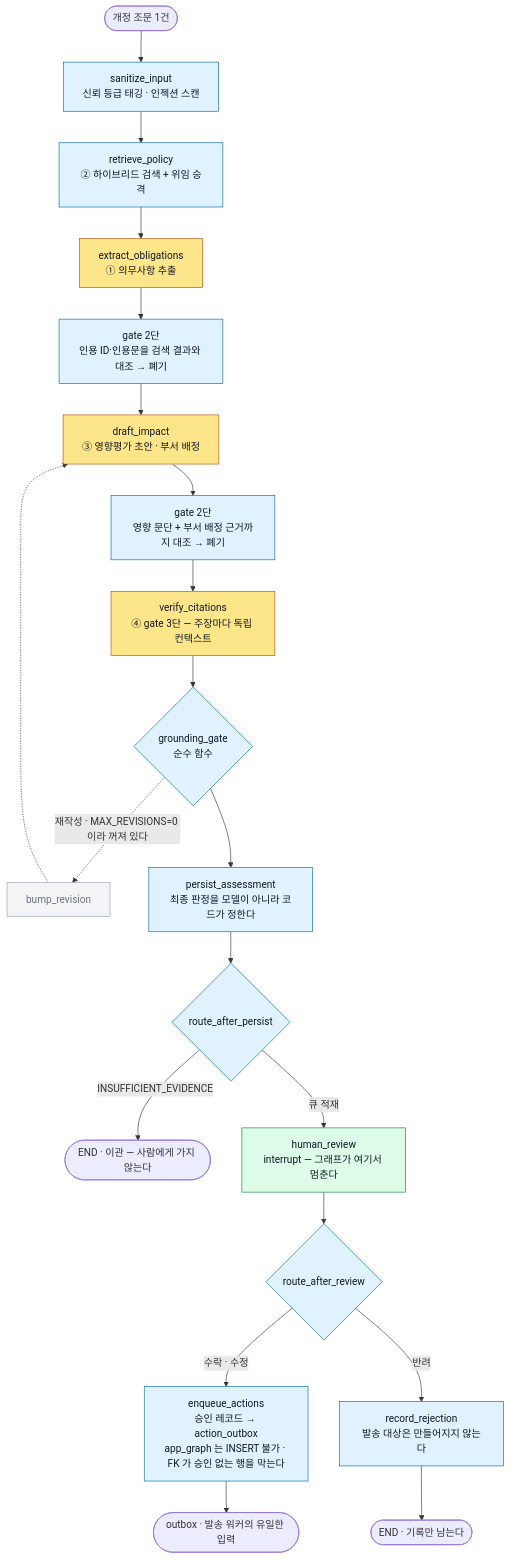
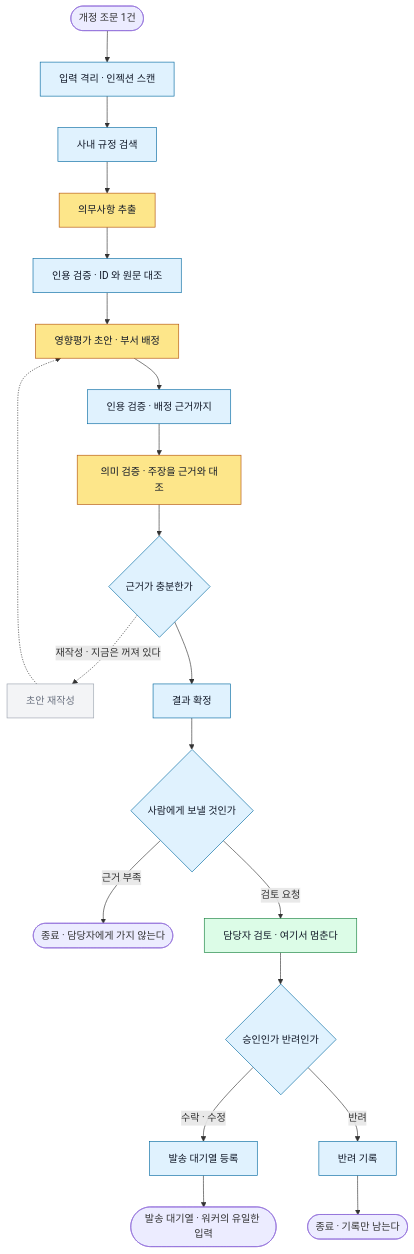
One commit to ichbinlucaskim/regchange-copilot changed the diagram in README.md. Above: the diagram before and after it, drawn with Mermaid. The commit also changed other lines of this file, not shown here.

````diff
--- a/README.md
+++ b/README.md
@@ -61,31 +91,31 @@
 ```mermaid
 flowchart TD
-    IN(["개정 조문 1건"]) --> SAN["sanitize_input<br/>신뢰 등급 태깅 · 인젝션 스캔"]
-    SAN --> RET["retrieve_policy<br/>② 하이브리드 검색 + 위임 승격"]
-    RET --> EXT["extract_obligations<br/>① 의무사항 추출"]
-    EXT --> GA["gate 2단<br/>인용 ID·인용문을 검색 결과와 대조 → 폐기"]
-    GA --> DRF["draft_impact<br/>③ 영향평가 초안 · 부서 배정"]
-    DRF --> GB["gate 2단<br/>영향 문단 + 부서 배정 근거까지 대조 → 폐기"]
-    GB --> VER["verify_citations<br/>④ gate 3단 — 주장마다 독립 컨텍스트"]
-    VER --> GATE{"grounding_gate<br/>순수 함수"}
-    GATE -. "재작성 · MAX_REVISIONS=0 이라 꺼져 있다" .-> BUMP["bump_revision"]
+    IN(["개정 조문 1건"]) --> SAN["입력 격리 · 인젝션 스캔"]
+    SAN --> RET["사내 규정 검색"]
+    RET --> EXT["의무사항 추출"]
+    EXT --> GA["인용 검증 · ID 와 원문 대조"]
+    GA --> DRF["영향평가 초안 · 부서 배정"]
+    DRF --> GB["인용 검증 · 배정 근거까지"]
+    GB --> VER["의미 검증 · 주장을 근거와 대조"]
+    VER --> GATE{"근거가 충분한가"}
+    GATE -. "재작성 · 지금은 꺼져 있다" .-> BUMP["초안 재작성"]
     BUMP -.-> DRF
-    GATE --> PER["persist_assessment<br/>최종 판정을 모델이 아니라 코드가 정한다"]
-    PER --> RTE{"route_after_persist"}
-    RTE -- "INSUFFICIENT_EVIDENCE" --> ENDX(["END · 이관 — 사람에게 가지 않는다"])
-    RTE -- "큐 적재" --> HUM["human_review<br/>interrupt — 그래프가 여기서 멈춘다"]
-    HUM --> RTV{"route_after_review"}
-    RTV -- "수락 · 수정" --> ENQ["enqueue_actions<br/>승인 레코드 → action_outbox<br/>app_graph 는 INSERT 불가 · FK 가 승인 없는 행을 막는다"]
-    RTV -- "반려" --> REJ["record_rejection<br/>발송 대상은 만들어지지 않는다"]
-    ENQ --> OUT(["outbox · 발송 워커의 유일한 입력"])
-    REJ --> ENDY(["END · 기록만 남는다"])
+    GATE --> PER["결과 확정"]
+    PER --> RTE{"사람에게 보낼 것인가"}
+    RTE -- "근거 부족" --> ENDX(["종료 · 담당자에게 가지 않는다"])
+    RTE -- "검토 요청" --> HUM["담당자 검토 · 여기서 멈춘다"]
+    HUM --> RTV{"승인인가 반려인가"}
+    RTV -- "수락 · 수정" --> ENQ["발송 대기열 등록"]
+    RTV -- "반려" --> REJ["반려 기록"]
+    ENQ --> OUT(["발송 대기열 · 워커의 유일한 입력"])
+    REJ --> ENDY(["종료 · 기록만 남는다"])
 
     classDef llm fill:#fde68a,stroke:#b45309,color:#111827
     classDef code fill:#e0f2fe,stroke:#0369a1,color:#111827
     classDef human fill:#dcfce7,stroke:#15803d,color:#111827
     classDef off fill:#f3f4f6,stroke:#9ca3af,color:#6b7280
     class EXT,DRF,VER llm
     class SAN,RET,GA,GB,GATE,PER,RTE,RTV,ENQ,REJ code
     class HUM human
     class BUMP off
 ```
````
